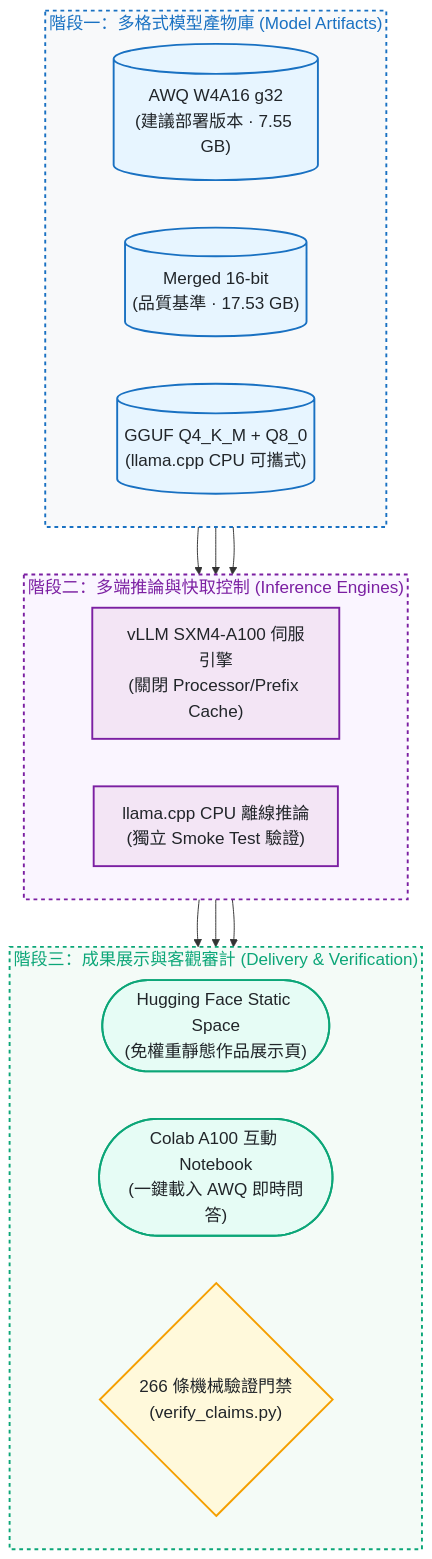
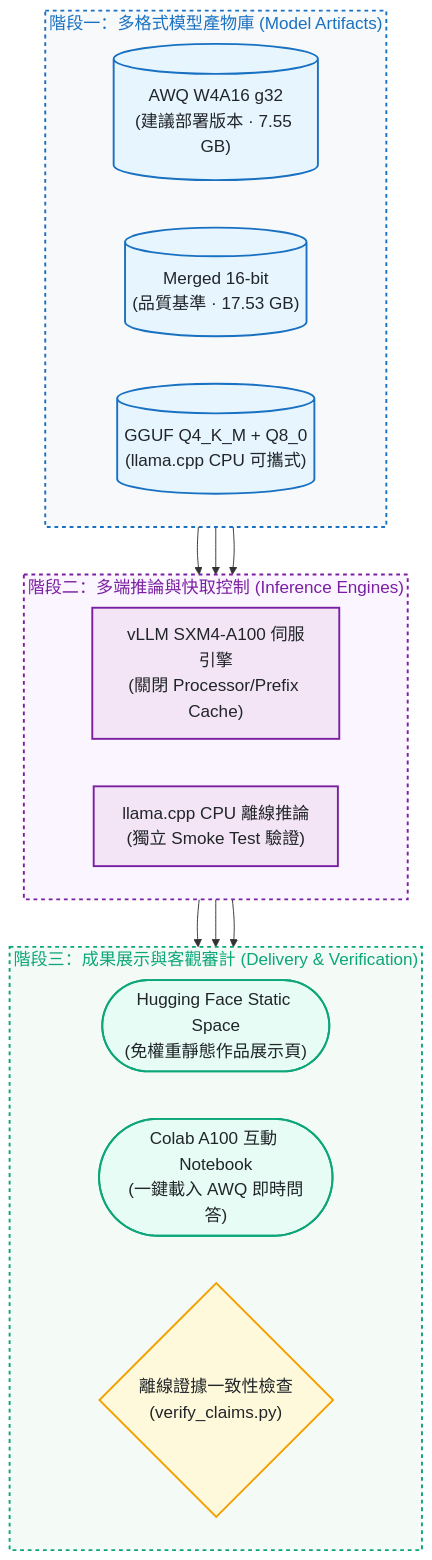
One commit to kuotunyu/qwen3-vl-chartqa changed the second of 2 diagrams in README.md. Above: the diagram before and after it, drawn with Mermaid. The commit also changed other lines of this file and 6 other files, not shown here.

Commit message:
docs: qualify ChartQA evidence and serving tradeoffs (#6)

````diff
--- a/README.md
+++ b/README.md
@@ -69,43 +69,43 @@
 ```mermaid
 %%{init: {'themeVariables': {'fontSize': '18px'}}}%%
 flowchart TD
     subgraph ArtStage ["階段一：多格式模型產物庫 (Model Artifacts)"]
         direction LR
         M1[("AWQ W4A16 g32<br/>(建議部署版本 · 7.55 GB)")]
         M2[("Merged 16-bit<br/>(品質基準 · 17.53 GB)")]
         M3[("GGUF Q4_K_M + Q8_0<br/>(llama.cpp CPU 可攜式)")]
     end
 
     subgraph EngineStage ["階段二：多端推論與快取控制 (Inference Engines)"]
         direction LR
         vLLMEng["vLLM SXM4-A100 伺服引擎<br/>(關閉 Processor/Prefix Cache)"]
         CPUEng["llama.cpp CPU 離線推論<br/>(獨立 Smoke Test 驗證)"]
     end
 
     subgraph DeliveryStage ["階段三：成果展示與客觀審計 (Delivery & Verification)"]
         direction LR
         Space(["Hugging Face Static Space<br/>(免權重靜態作品展示頁)"])
         Colab(["Colab A100 互動 Notebook<br/>(一鍵載入 AWQ 即時問答)"])
-        Audit{"266 條機械驗證門禁<br/>(verify_claims.py)"}
+        Audit{"離線證據一致性檢查<br/>(verify_claims.py)"}
     end
 
     M1 & M2 --> vLLMEng
     M3 --> CPUEng
     vLLMEng --> Colab
     CPUEng --> Audit
     vLLMEng --> Space
 
     classDef srcStyle fill:#e7f5ff,stroke:#1971c2,stroke-width:2px,color:#212529
     classDef procStyle fill:#f3e5f5,stroke:#7b1fa2,stroke-width:2px,color:#212529
     classDef condStyle fill:#fff9db,stroke:#f59f00,stroke-width:2px,color:#212529
     classDef evalStyle fill:#e6fcf5,stroke:#0ca678,stroke-width:2px,color:#212529
 
     class M1,M2,M3 srcStyle
     class vLLMEng,CPUEng procStyle
     class Audit condStyle
     class Space,Colab evalStyle
 
     style ArtStage fill:#f8f9fa,stroke:#1971c2,stroke-width:2px,color:#1971c2,stroke-dasharray: 4 4
     style EngineStage fill:#faf5ff,stroke:#7b1fa2,stroke-width:2px,color:#7b1fa2,stroke-dasharray: 4 4
     style DeliveryStage fill:#f4fbf7,stroke:#0ca678,stroke-width:2px,color:#0ca678,stroke-dasharray: 4 4
 ```
````
